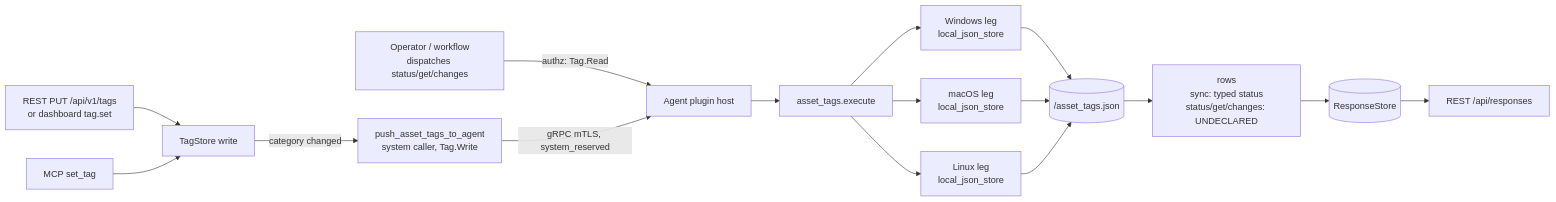
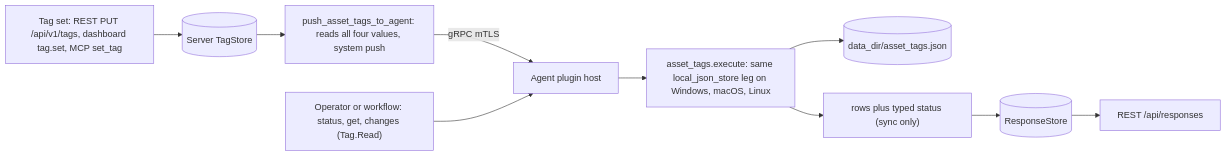
The first of 3 diagrams in agents/plugins/asset_tags/README.md (DevNullLtd/Yuzu), drawn with Mermaid before and after one commit. The commit also changed other lines of this file and 5 other files, not shown here.

Commit message:
docs(plugins): refresh the quarantine, content_dist and asset_tags READMEs

````diff
--- a/agents/plugins/asset_tags/README.md
+++ b/agents/plugins/asset_tags/README.md
@@ -21,14 +21,12 @@
 ```mermaid
 flowchart LR
-  REST[REST PUT /api/v1/tags<br/>or dashboard tag.set] --> TS[TagStore write]
-  MCP[MCP set_tag] --> TS
-  TS -- category changed --> PUSH[push_asset_tags_to_agent<br/>system caller, Tag.Write]
-  OP[Operator / workflow<br/>dispatches status/get/changes] -- authz: Tag.Read --> HOST
-  PUSH -- gRPC mTLS, system_reserved --> HOST[Agent plugin host]
-  HOST --> EX[asset_tags.execute]
-  EX --> WIN[Windows leg<br/>local_json_store]
-  EX --> MAC[macOS leg<br/>local_json_store]
-  EX --> LIN[Linux leg<br/>local_json_store]
-  WIN & MAC & LIN --> FILE[("<data_dir>/asset_tags.json")]
-  FILE --> ROWS[rows<br/>sync: typed status<br/>status/get/changes: UNDECLARED] --> RS[(ResponseStore)] --> API[REST /api/responses]
+  SET["Tag set: REST PUT /api/v1/tags, dashboard tag.set, MCP set_tag"] --> TS[("Server TagStore")]
+  TS --> PUSH["push_asset_tags_to_agent: reads all four values, system push"]
+  PUSH -->|"gRPC mTLS"| HOST["Agent plugin host"]
+  OP["Operator or workflow: status, get, changes (Tag.Read)"] --> HOST
+  HOST --> EX["asset_tags.execute: same local_json_store leg on Windows, macOS, Linux"]
+  EX --> FILE[("data_dir/asset_tags.json")]
+  EX --> ROWS["rows plus typed status (sync only)"]
+  ROWS --> RS[("ResponseStore")]
+  RS --> API["REST /api/responses"]
 ```
````
